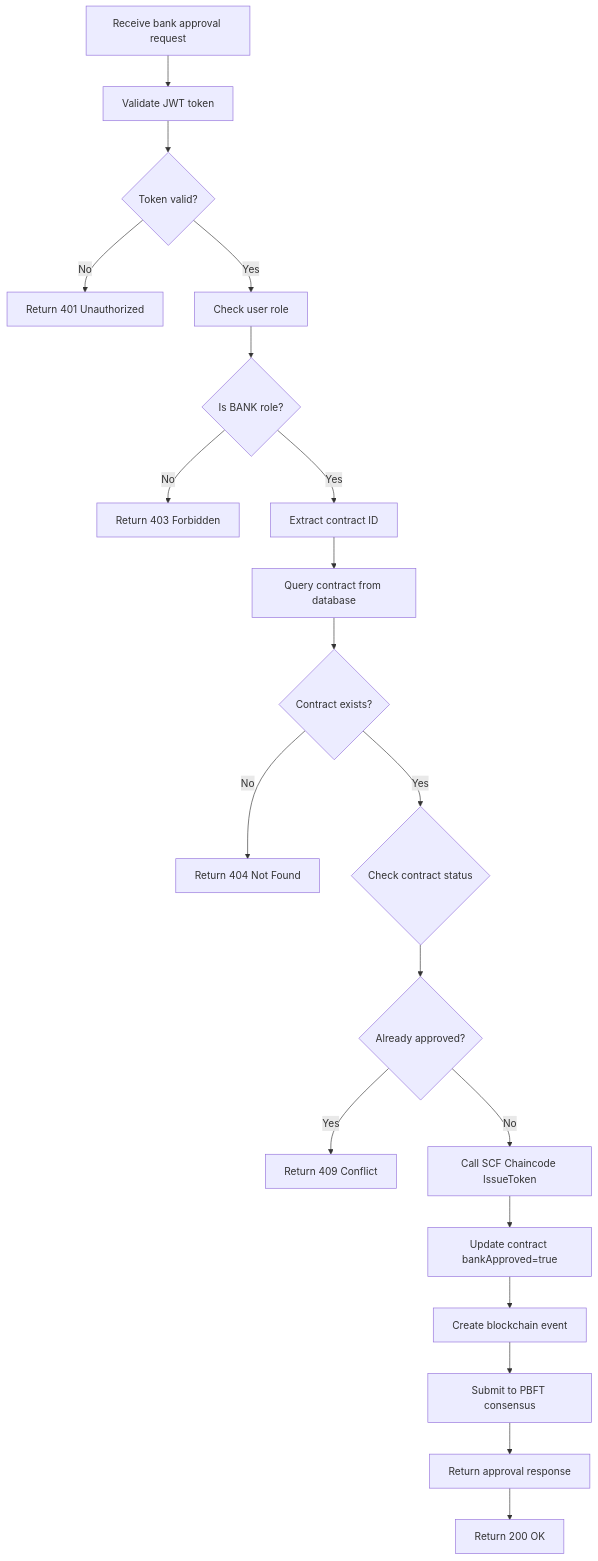
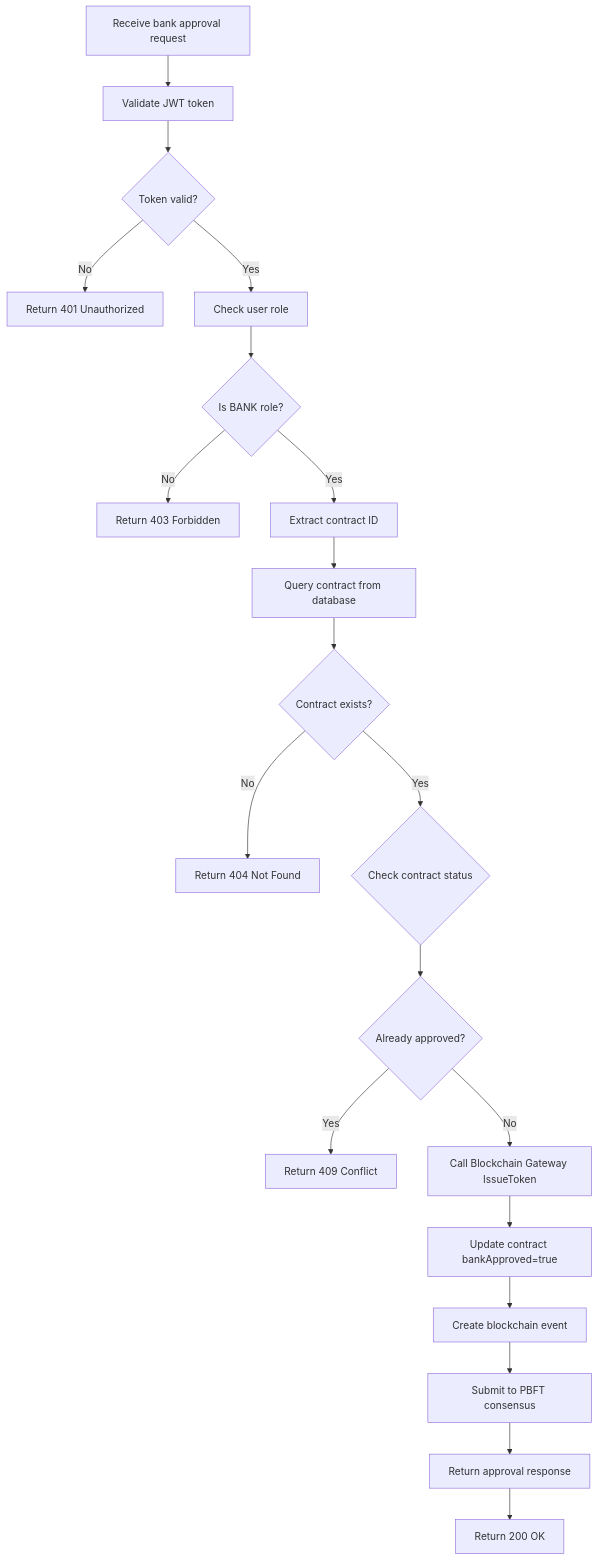
One commit to trunghc97/blockchain changed diagram 13 of 25 in System_Design_Document.md. Above: the diagram before and after it, drawn with Mermaid. The commit also changed other lines of this file and 1 other file, not shown here.

````diff
--- a/System_Design_Document.md
+++ b/System_Design_Document.md
@@ -1022,22 +1450,22 @@
 ```mermaid
 flowchart TD
     A[Receive bank approval request] --> B[Validate JWT token]
     B --> C{Token valid?}
     C -->|No| D[Return 401 Unauthorized]
     C -->|Yes| E[Check user role]
     E --> F{Is BANK role?}
     F -->|No| G[Return 403 Forbidden]
     F -->|Yes| H[Extract contract ID]
     H --> I[Query contract from database]
     I --> J{Contract exists?}
     J -->|No| K[Return 404 Not Found]
     J -->|Yes| L{Check contract status}
     L --> M{Already approved?}
     M -->|Yes| N[Return 409 Conflict]
-    M -->|No| O[Call SCF Chaincode IssueToken]
+    M -->|No| O[Call Blockchain Gateway IssueToken]
     O --> P[Update contract bankApproved=true]
     P --> Q[Create blockchain event]
     Q --> R[Submit to PBFT consensus]
     R --> S[Return approval response]
     S --> T[Return 200 OK]
 ```
````
